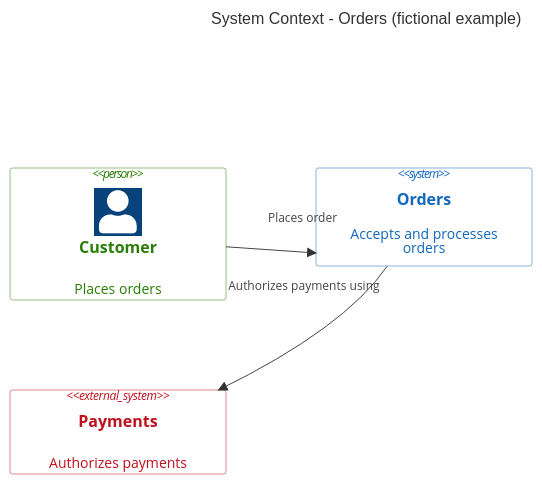
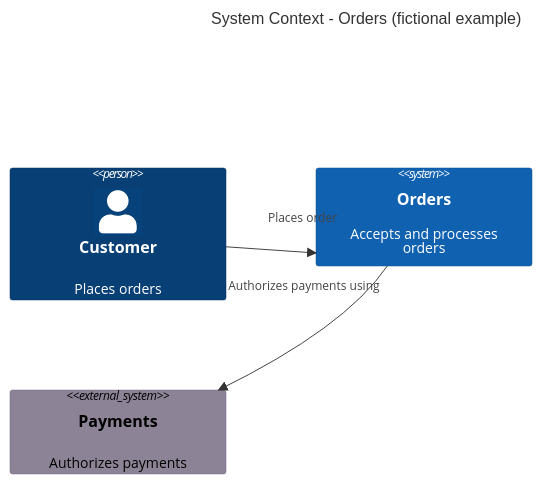
One commit to eccodolf/c4-mermaid changed the diagram in plugins/c4-mermaid/skills/c4-mermaid/assets/templates/context.mmd. Above: the diagram before and after it, drawn with Mermaid. The commit also changed 134 other files, not shown here.

Commit message:
Require supplied native C4 assets and bundle reusable draw.io library

```diff
--- a/plugins/c4-mermaid/skills/c4-mermaid/assets/templates/context.mmd
+++ b/plugins/c4-mermaid/skills/c4-mermaid/assets/templates/context.mmd
@@ -1,25 +1,28 @@
 ---
 config:
   c4:
     c4ShapeMargin: 45
     c4ShapePadding: 10
     diagramMarginX: 15
     diagramMarginY: 15
 ---
 C4Context
 title System Context - Orders (fictional example)
 Person(customer, "Customer", "Places orders")
 System(orders, "Orders", "Accepts and processes<br/>orders")
 System_Ext(payments, "Payments", "Authorizes payments")
 Rel(customer, orders, "Places order")
 Rel(orders, payments, "Authorizes payments using")
-UpdateElementStyle(customer, $bgColor="#FFFFFF", $fontColor="#297E06", $borderColor="#297E06")
-UpdateElementStyle(orders, $bgColor="#FFFFFF", $fontColor="#1168BD", $borderColor="#1168BD")
-UpdateElementStyle(payments, $bgColor="#FFFFFF", $fontColor="#BF101D", $borderColor="#BF101D")
+UpdateElementStyle(customer, $bgColor="#083F75", $fontColor="#FFFFFF", $borderColor="#06315C")
+UpdateElementStyle(orders, $bgColor="#1061B0", $fontColor="#FFFFFF", $borderColor="#0D5091")
+UpdateElementStyle(payments, $bgColor="#8C8496", $fontColor="#000000", $borderColor="#736782")
 UpdateRelStyle(customer, orders, $offsetX="-3", $offsetY="-35")
 UpdateRelStyle(orders, payments, $offsetX="-75", $offsetY="-45")
 UpdateLayoutConfig($c4ShapeInRow="3", $c4BoundaryInRow="1")
 
-%% legend: White fill with identity-colored outlines/text: green Customer, blue Orders, red Payments. Red does not mean failure.
+%% legend: Canonical draw.io C4 roles: dark blue Person, blue System, cyan Container, light cyan Component, muted violet external System. Mermaid glyphs adapt the native assets.
 %% legend: Person glyph = actor. Rectangle = software system. Arrows = named, directed interactions. No internal applications are expanded.
 %% legend: Sizes accommodate content and carry no extra architectural meaning. Neutral relationship colors add no extra meaning. Arrowheads indicate the labeled direction.
+
+
+%% legend: Exact C4 shapes require the native draw.io companion; Mermaid syntax cannot import the native assets.
```
